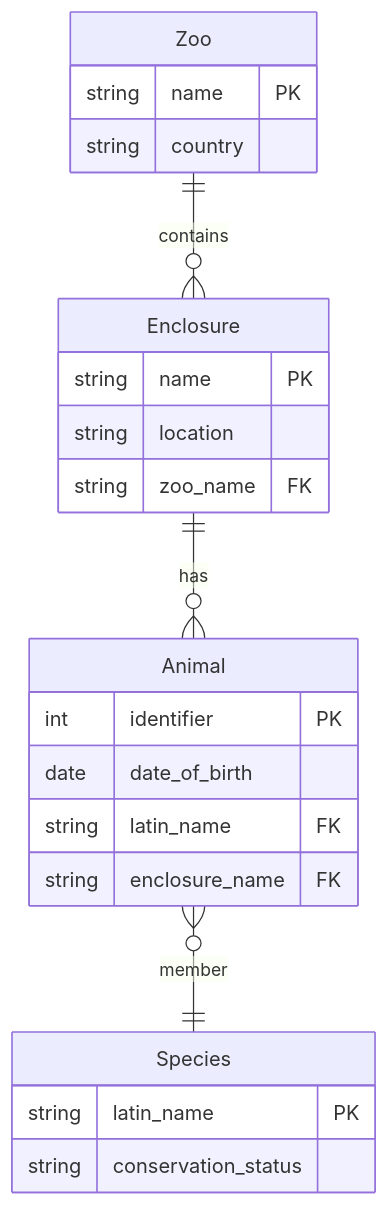
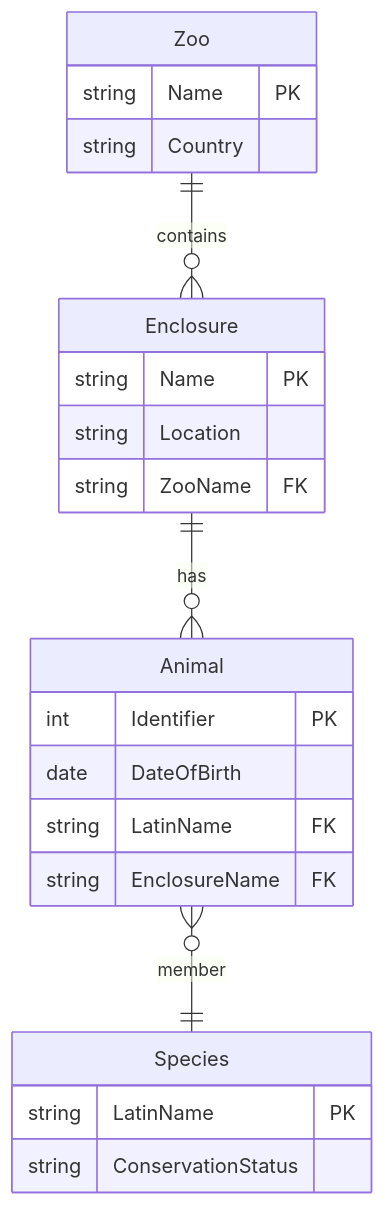
The third of 3 diagrams in past-exam-papers/september-2021/solution-sheet-september-2021.md (sreent/data-management-intro), drawn with Mermaid before and after one commit. The commit also changed other lines of this file and 1 other file, not shown here.

````diff
--- a/past-exam-papers/september-2021/solution-sheet-september-2021.md
+++ b/past-exam-papers/september-2021/solution-sheet-september-2021.md
@@ -1564,26 +1564,26 @@
 ```mermaid
 erDiagram
     Zoo ||--o{ Enclosure : contains
     Enclosure ||--o{ Animal : has
     Animal }o--|| Species : member
 
     Zoo {
-        string name PK
-        string country
+        string Name PK
+        string Country
     }
     Enclosure {
-        string name PK
-        string location
-        string zoo_name FK
+        string Name PK
+        string Location
+        string ZooName FK
     }
     Animal {
-        int identifier PK
-        date date_of_birth
-        string latin_name FK
-        string enclosure_name FK
+        int Identifier PK
+        date DateOfBirth
+        string LatinName FK
+        string EnclosureName FK
     }
     Species {
-        string latin_name PK
-        string conservation_status
+        string LatinName PK
+        string ConservationStatus
     }
 ```
````
